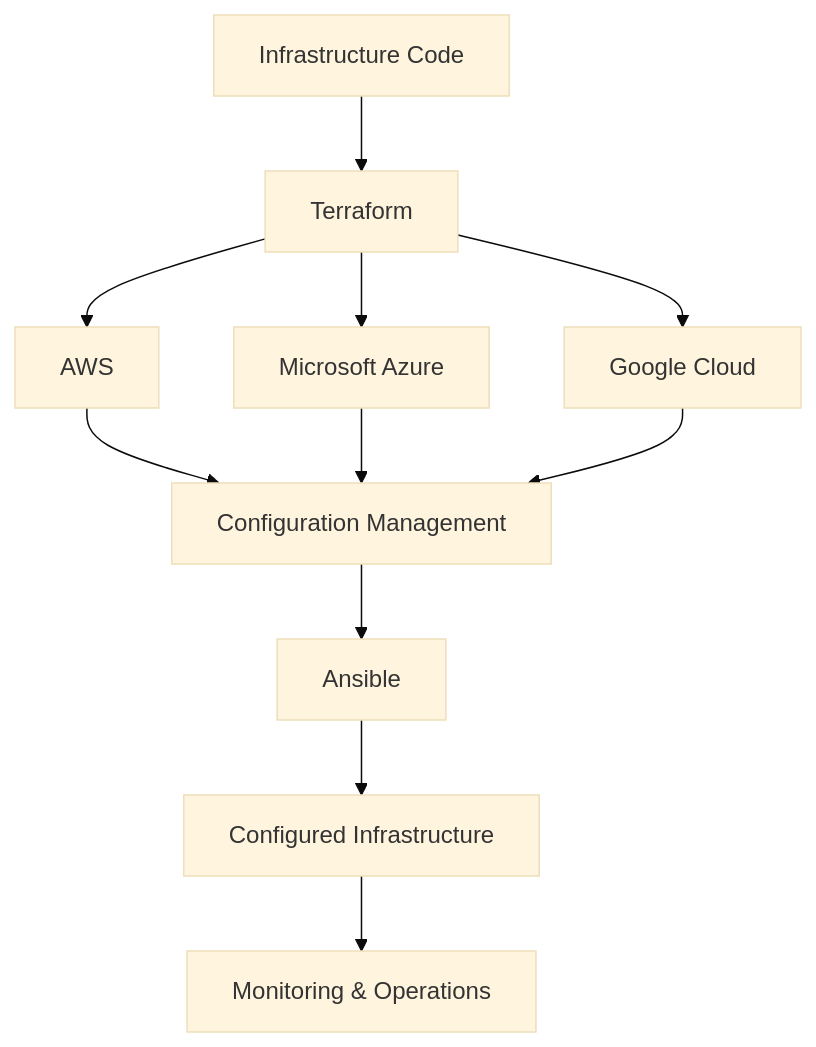
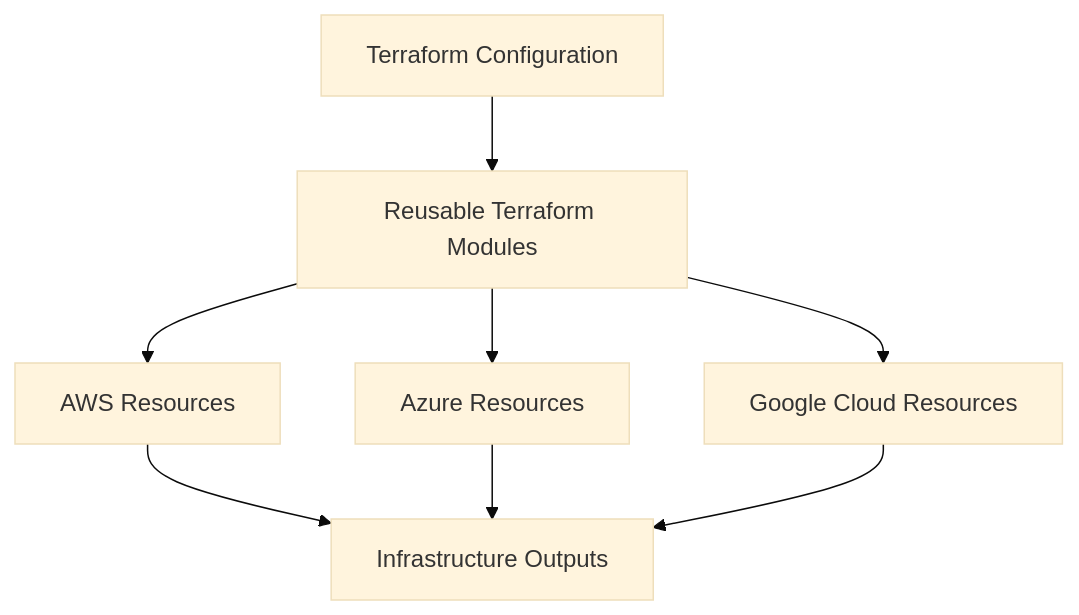
The third of 8 diagrams in README.md (manesaurabh1704-devops/manesaurabh1704-devops), drawn with Mermaid (base theme) before and after one commit. The commit also changed other lines of this file, not shown here.

````diff
--- a/README.md
+++ b/README.md
@@ -233,13 +338,10 @@
 ```mermaid
 flowchart TD
-    A["Infrastructure Code"] --> B["Terraform"]
-    B --> C["AWS"]
-    B --> D["Microsoft Azure"]
-    B --> E["Google Cloud"]
-    C --> F["Configuration Management"]
+    A["Terraform Configuration"] --> B["Reusable Terraform Modules"]
+    B --> C["AWS Resources"]
+    B --> D["Azure Resources"]
+    B --> E["Google Cloud Resources"]
+    C --> F["Infrastructure Outputs"]
     D --> F
     E --> F
-    F --> G["Ansible"]
-    G --> H["Configured Infrastructure"]
-    H --> I["Monitoring & Operations"]
 ```
````
